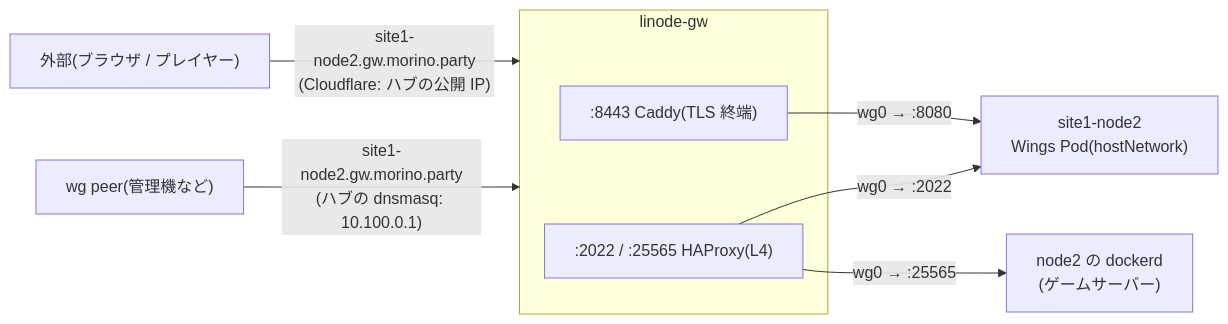
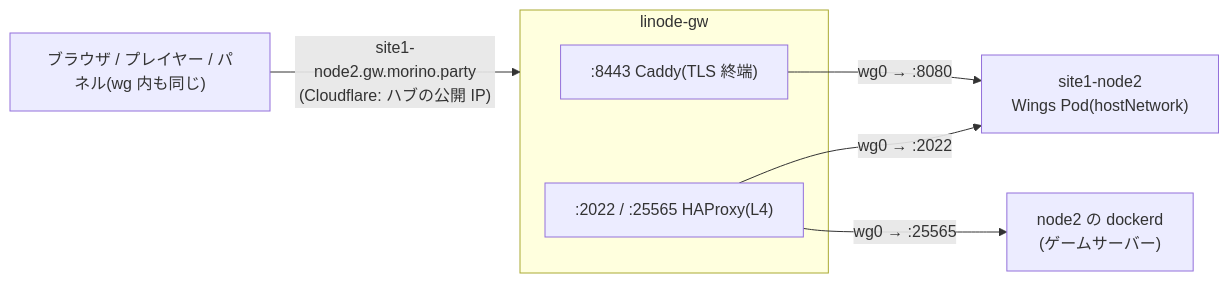
One commit to morinoparty/moripa-infra changed the diagram in docs/content/docs/admin/wings.mdx. Above: the diagram before and after it, drawn with Mermaid. The commit also changed other lines of this file and 5 other files, not shown here.

````diff
--- a/docs/content/docs/admin/wings.mdx
+++ b/docs/content/docs/admin/wings.mdx
@@ -21,12 +21,11 @@
 ```mermaid
 flowchart LR
-    Ext["外部(ブラウザ / プレイヤー)"] -- "site1-node2.gw.morino.party<br/>(Cloudflare: ハブの公開 IP)" --> GW
-    WG["wg peer(管理機など)"] -- "site1-node2.gw.morino.party<br/>(ハブの dnsmasq: 10.100.0.1)" --> GW
+    Ext["ブラウザ / プレイヤー / パネル(wg 内も同じ)"] -- "site1-node2.gw.morino.party<br/>(Cloudflare: ハブの公開 IP)" --> GW
     subgraph GW["linode-gw"]
       Caddy[":8443 Caddy(TLS 終端)"]
       HAP[":2022 / :25565 HAProxy(L4)"]
     end
     Caddy -- "wg0 → :8080" --> N2["site1-node2<br/>Wings Pod(hostNetwork)"]
     HAP -- "wg0 → :2022" --> N2
     HAP -- "wg0 → :25565" --> D["node2 の dockerd<br/>(ゲームサーバー)"]
 ```
````
